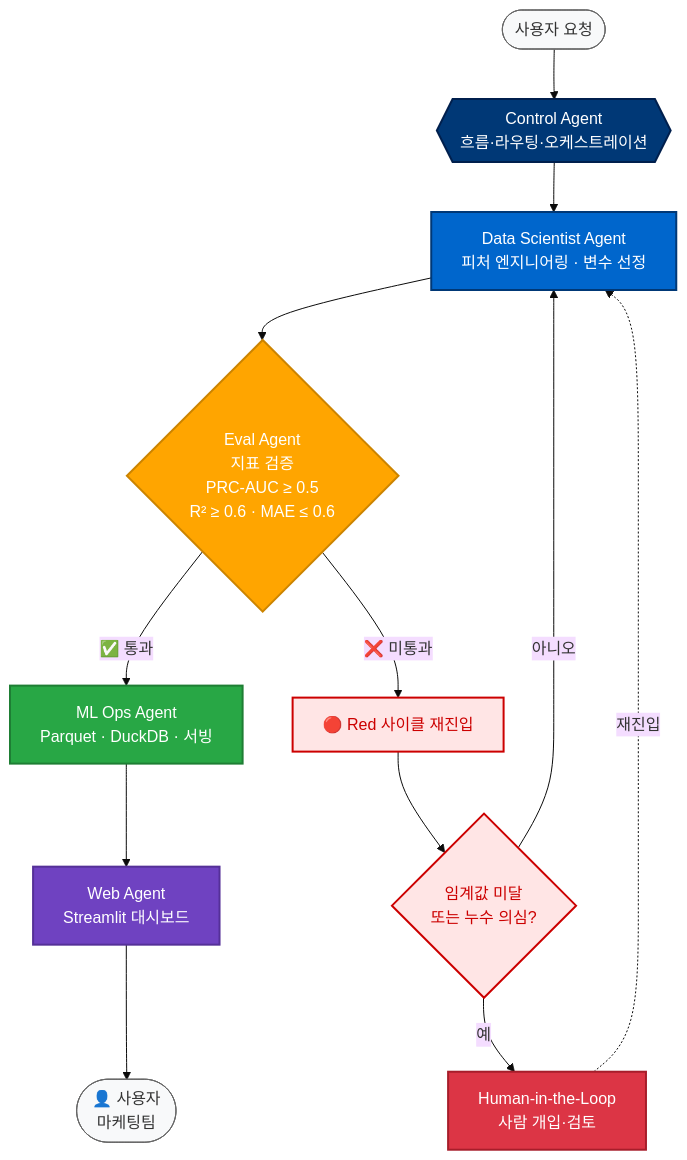
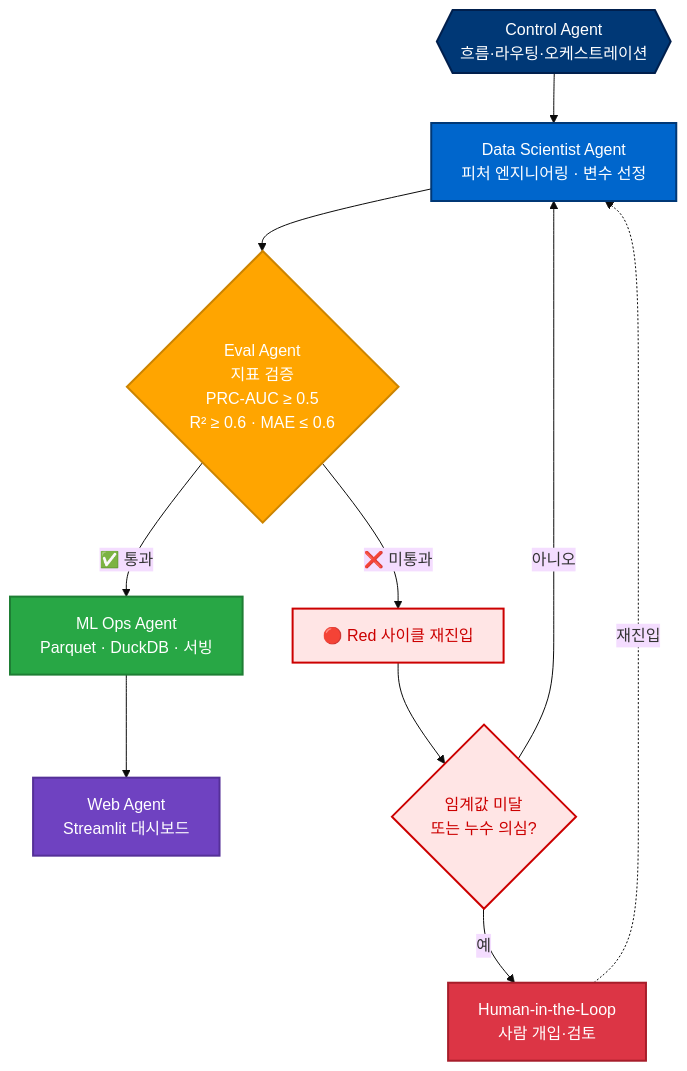
Before and after one commit to dkswndus/lg_hellovision_dx_data_school_01: the diagram in .github/agents/control-agent.agent.md, drawn with Mermaid (base theme). The commit also changed 1 other file, not shown here.

Commit message:
docs: 에이전트 아키텍처 다이어그램에서 시작/종료 사용자 노드 제거
- 사용자 요청 / 마케팅팀 노드 제거로 에이전트 아키텍처에 집중
- Control Agent를 진입점으로, Web Agent를 종료점으로 단순화
- 다이어그램이 더 간결하고 기술적인 표현으로 정리

````diff
--- a/.github/agents/control-agent.agent.md
+++ b/.github/agents/control-agent.agent.md
@@ -31,38 +31,32 @@
 ```mermaid
 flowchart TD
-    Start([사용자 요청]) --> Control{{Control Agent<br/>흐름·라우팅·오케스트레이션}}
-
-    Control --> DS[Data Scientist Agent<br/>피처 엔지니어링 · 변수 선정]
+    Control{{Control Agent<br/>흐름·라우팅·오케스트레이션}} --> DS[Data Scientist Agent<br/>피처 엔지니어링 · 변수 선정]
     DS --> Eval{Eval Agent<br/>지표 검증<br/>PRC-AUC ≥ 0.5<br/>R² ≥ 0.6 · MAE ≤ 0.6}
 
     Eval -->|✅ 통과| MLOps[ML Ops Agent<br/>Parquet · DuckDB · 서빙]
     Eval -->|❌ 미통과| Red[🔴 Red 사이클 재진입]
 
     MLOps --> Web[Web Agent<br/>Streamlit 대시보드]
-    Web --> User([👤 사용자<br/>마케팅팀])
 
     Red --> Check{임계값 미달<br/>또는 누수 의심?}
     Check -->|예| HITL[Human-in-the-Loop<br/>사람 개입·검토]
     Check -->|아니오| DS
 
     HITL -.재진입.-> DS
 
     classDef control fill:#003876,stroke:#001f4d,color:#fff,stroke-width:2px
     classDef agent fill:#0066CC,stroke:#003876,color:#fff,stroke-width:2px
     classDef eval fill:#FFA500,stroke:#cc8400,color:#fff,stroke-width:2px
     classDef ops fill:#28A745,stroke:#1e7e34,color:#fff,stroke-width:2px
     classDef web fill:#6F42C1,stroke:#553098,color:#fff,stroke-width:2px
     classDef hitl fill:#DC3545,stroke:#a71d2a,color:#fff,stroke-width:2px
     classDef red fill:#FFE5E5,stroke:#CC0000,color:#CC0000,stroke-width:2px
-    classDef terminal fill:#F8F9FA,stroke:#666,color:#333,stroke-width:1px
 
     class Control control
     class DS agent
     class Eval eval
     class MLOps ops
     class Web web
     class HITL hitl
-    class Red red
-    class Check red
-    class Start,User terminal
+    class Red,Check red
 ```
````
